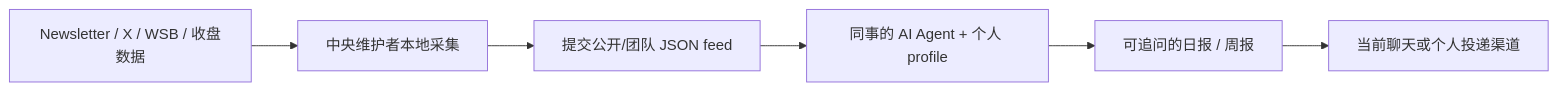
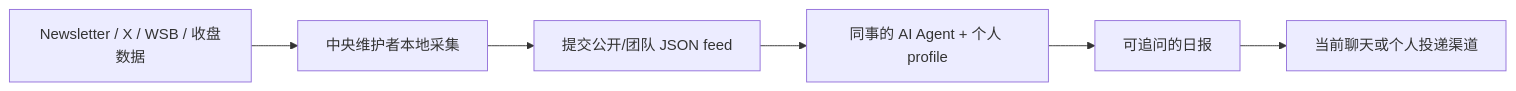
Before and after one commit to hhhhhhhqa/idea-research: the diagram in README.md, drawn with Mermaid. The commit also changed other lines of this file and 22 other files, not shown here.

````diff
--- a/README.md
+++ b/README.md
@@ -95,8 +95,8 @@
 ```mermaid
 flowchart LR
   A["Newsletter / X / WSB / 收盘数据"] --> B["中央维护者本地采集"]
   B --> C["提交公开/团队 JSON feed"]
   C --> D["同事的 AI Agent + 个人 profile"]
-  D --> E["可追问的日报 / 周报"]
+  D --> E["可追问的日报"]
   E --> F["当前聊天或个人投递渠道"]
 ```
````
